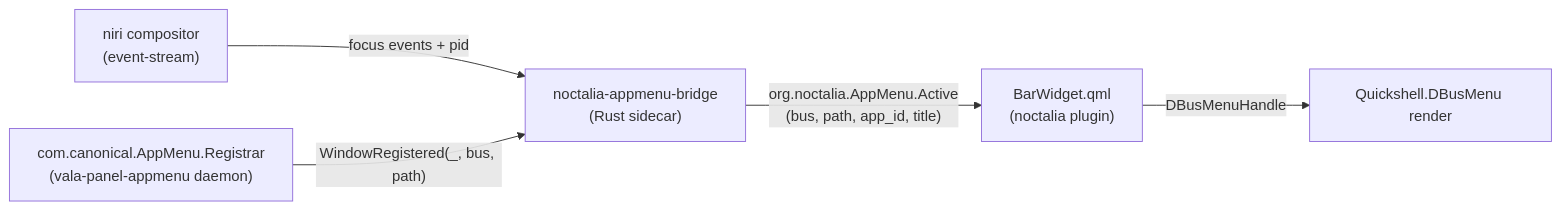
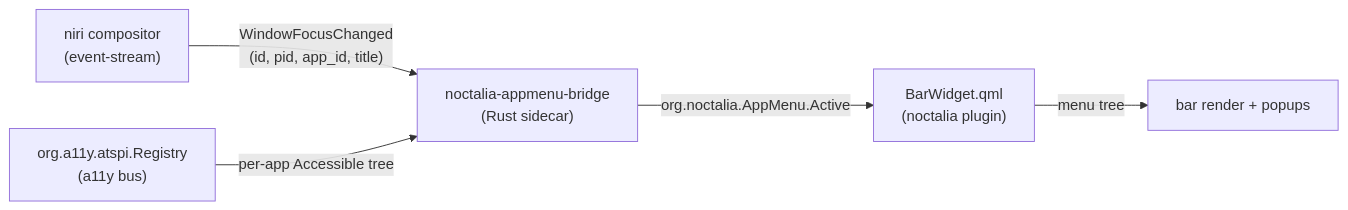
One commit to yolo-labz/noctalia-appmenu changed the diagram in docs/architecture/overview.md. Above: the diagram before and after it, drawn with Mermaid. The commit also changed other lines of this file and 1 other file, not shown here.

First line of the commit message:
docs: refresh architecture/overview + how-to/release for v1.x (#151)

````diff
--- a/docs/architecture/overview.md
+++ b/docs/architecture/overview.md
@@ -3,7 +3,7 @@
 ```mermaid
 flowchart LR
-  niri["niri compositor<br/>(event-stream)"] -->|focus events + pid| bridge
-  registrar["com.canonical.AppMenu.Registrar<br/>(vala-panel-appmenu daemon)"] -->|"WindowRegistered(_, bus, path)"| bridge
-  bridge["noctalia-appmenu-bridge<br/>(Rust sidecar)"] -->|"org.noctalia.AppMenu.Active<br/>(bus, path, app_id, title)"| qml
-  qml["BarWidget.qml<br/>(noctalia plugin)"] -->|"DBusMenuHandle"| menu["Quickshell.DBusMenu render"]
+  niri["niri compositor<br/>(event-stream)"] -->|"WindowFocusChanged<br/>(id, pid, app_id, title)"| bridge
+  atspi["org.a11y.atspi.Registry<br/>(a11y bus)"] -->|"per-app Accessible tree"| bridge
+  bridge["noctalia-appmenu-bridge<br/>(Rust sidecar)"] -->|"org.noctalia.AppMenu.Active"| qml
+  qml["BarWidget.qml<br/>(noctalia plugin)"] -->|menu tree| menu["bar render + popups"]
 ```
````
